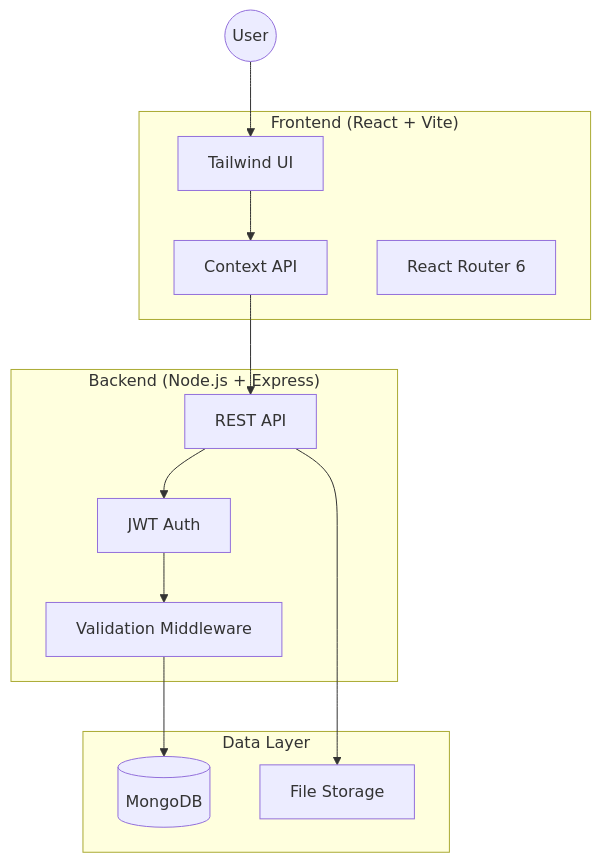
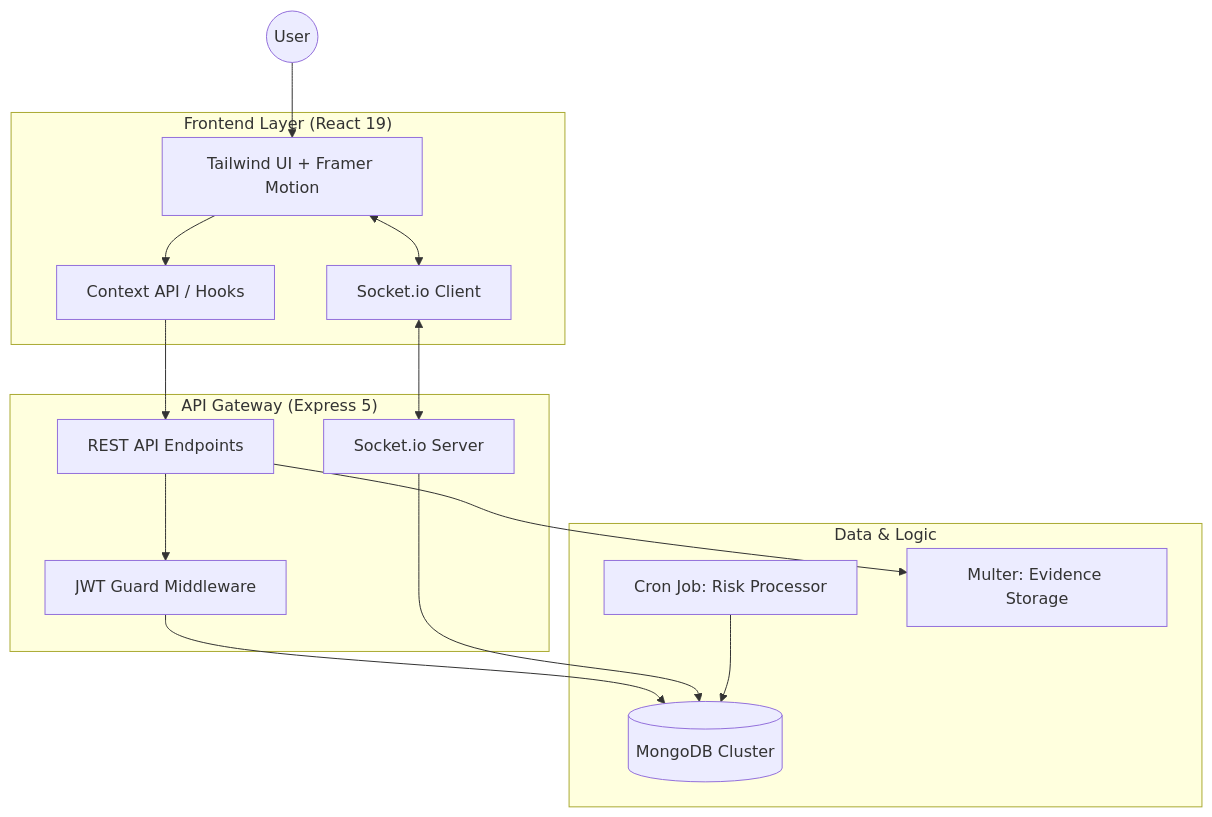
The diagram in README.md (ManojKumar-2310/Compliance-Management), drawn with Mermaid before and after one commit. The commit also changed other lines of this file and 59 other files, not shown here.

````diff
--- a/README.md
+++ b/README.md
@@ -164,26 +132,30 @@
 ```mermaid
 graph TD
     User((User))
-    subgraph "Frontend (React + Vite)"
-        UI[Tailwind UI]
-        State[Context API]
-        Router[React Router 6]
+    subgraph "Frontend Layer (React 19)"
+        UI[Tailwind UI + Framer Motion]
+        State[Context API / Hooks]
+        SocketC[Socket.io Client]
     end
-    subgraph "Backend (Node.js + Express)"
-        API[REST API]
-        Auth[JWT Auth]
-        Middleware[Validation Middleware]
+    subgraph "API Gateway (Express 5)"
+        Routes[REST API Endpoints]
+        Auth[JWT Guard Middleware]
+        SocketS[Socket.io Server]
     end
-    subgraph "Data Layer"
-        DB[(MongoDB)]
-        Storage[File Storage]
+    subgraph "Data & Logic"
+        DB[(MongoDB Cluster)]
+        Cron[Cron Job: Risk Processor]
+        Storage[Multer: Evidence Storage]
     end
 
     User --> UI
     UI --> State
-    State --> API
-    API --> Auth
-    Auth --> Middleware
-    Middleware --> DB
-    API --> Storage
+    State --> Routes
+    Routes --> Auth
+    Auth --> DB
+    UI <--> SocketC
+    SocketC <--> SocketS
+    SocketS --> DB
+    Cron --> DB
+    Routes --> Storage
 ```
````
